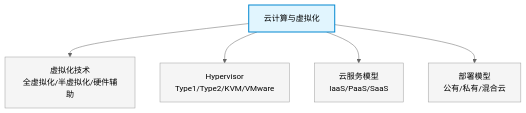
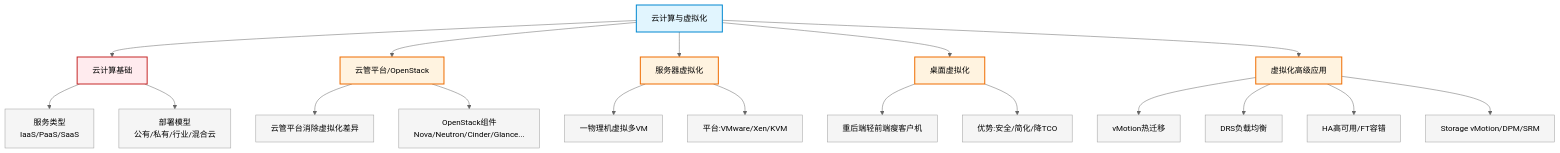
The diagram in cloud-datacenter/14_cloud_computing_virtualization.md (silverbulle/Network_Planning_and_Design), drawn with Mermaid (neutral theme) before and after one commit. The commit also changed other lines of this file and 2 other files, not shown here.

````diff
--- a/cloud-datacenter/14_cloud_computing_virtualization.md
+++ b/cloud-datacenter/14_cloud_computing_virtualization.md
@@ -9,12 +8,44 @@
 ```mermaid
 flowchart TD
-    A["云计算与虚拟化"] --> B["虚拟化技术<br>全虚拟化/半虚拟化/硬件辅助"]
-    A --> C["Hypervisor<br>Type1/Type2/KVM/VMware"]
-    A --> D["云服务模型<br>IaaS/PaaS/SaaS"]
-    A --> E["部署模型<br>公有/私有/混合云"]
+    A["云计算与虚拟化"] --> B["云计算基础"]
+    A --> C["云管平台/OpenStack"]
+    A --> D["服务器虚拟化"]
+    A --> E["桌面虚拟化"]
+    A --> F["虚拟化高级应用"]
+
+    B --> B1["服务类型<br>IaaS/PaaS/SaaS"]
+    B --> B2["部署模型<br>公有/私有/行业/混合云"]
+
+    C --> C1["云管平台消除虚拟化差异"]
+    C --> C2["OpenStack组件<br>Nova/Neutron/Cinder/Glance..."]
+
+    D --> D1["一物理机虚拟多VM"]
+    D --> D2["平台:VMware/Xen/KVM"]
+
+    E --> E1["重后端轻前端瘦客户机"]
+    E --> E2["优势:安全/简化/降TCO"]
+
+    F --> F1["vMotion热迁移"]
+    F --> F2["DRS负载均衡"]
+    F --> F3["HA高可用/FT容错"]
+    F --> F4["Storage vMotion/DPM/SRM"]
+
     style A fill:#e1f5fe,stroke:#0288d1,stroke-width:2px
-    style B fill:#f5f5f5,stroke:#9e9e9e
-    style C fill:#f5f5f5,stroke:#9e9e9e
-    style D fill:#f5f5f5,stroke:#9e9e9e
-    style E fill:#f5f5f5,stroke:#9e9e9e
+    style B fill:#ffebee,stroke:#c62828,stroke-width:2px
+    style C fill:#fff3e0,stroke:#ef6c00,stroke-width:2px
+    style D fill:#fff3e0,stroke:#ef6c00,stroke-width:2px
+    style E fill:#fff3e0,stroke:#ef6c00,stroke-width:2px
+    style F fill:#fff3e0,stroke:#ef6c00,stroke-width:2px
+    style B1 fill:#f5f5f5,stroke:#9e9e9e
+    style B2 fill:#f5f5f5,stroke:#9e9e9e
+    style C1 fill:#f5f5f5,stroke:#9e9e9e
+    style C2 fill:#f5f5f5,stroke:#9e9e9e
+    style D1 fill:#f5f5f5,stroke:#9e9e9e
+    style D2 fill:#f5f5f5,stroke:#9e9e9e
+    style E1 fill:#f5f5f5,stroke:#9e9e9e
+    style E2 fill:#f5f5f5,stroke:#9e9e9e
+    style F1 fill:#f5f5f5,stroke:#9e9e9e
+    style F2 fill:#f5f5f5,stroke:#9e9e9e
+    style F3 fill:#f5f5f5,stroke:#9e9e9e
+    style F4 fill:#f5f5f5,stroke:#9e9e9e
 ```
````
